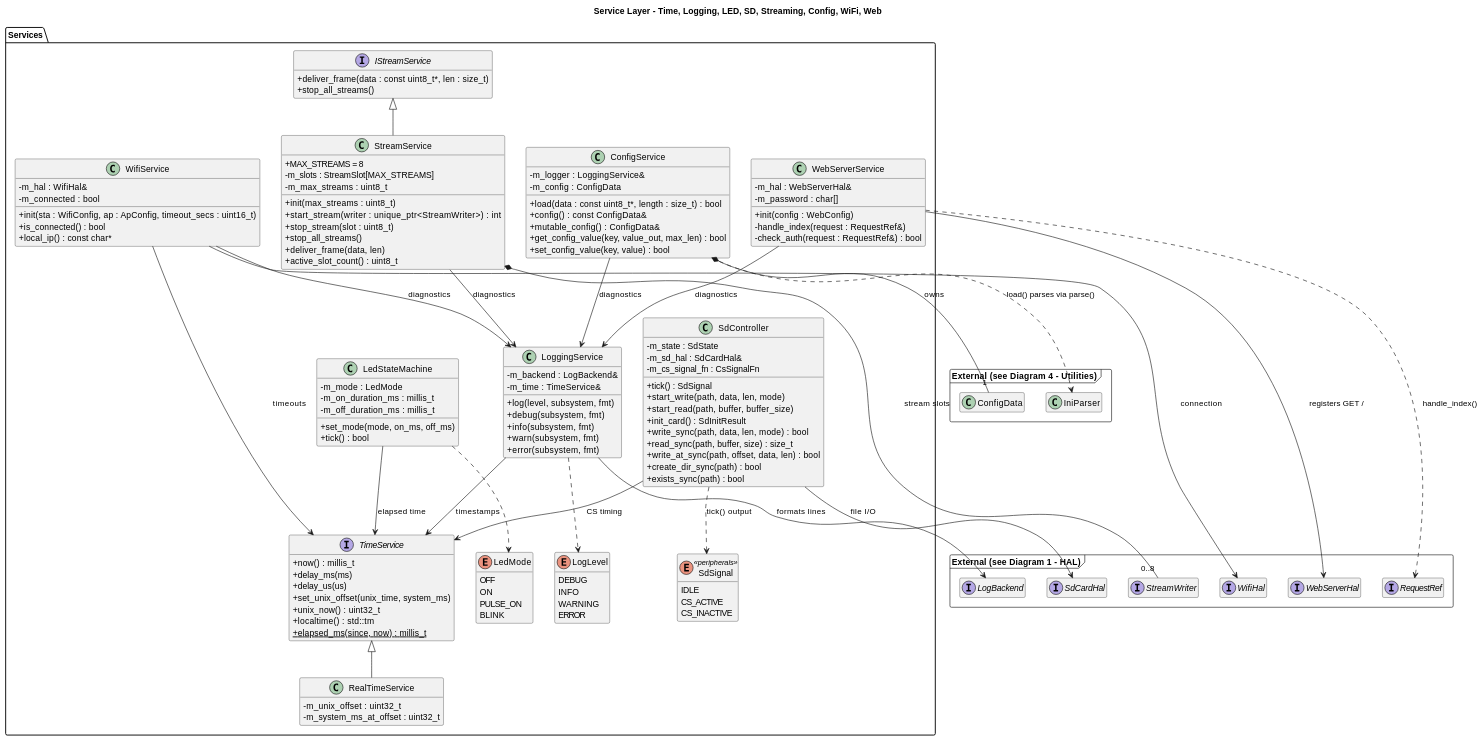
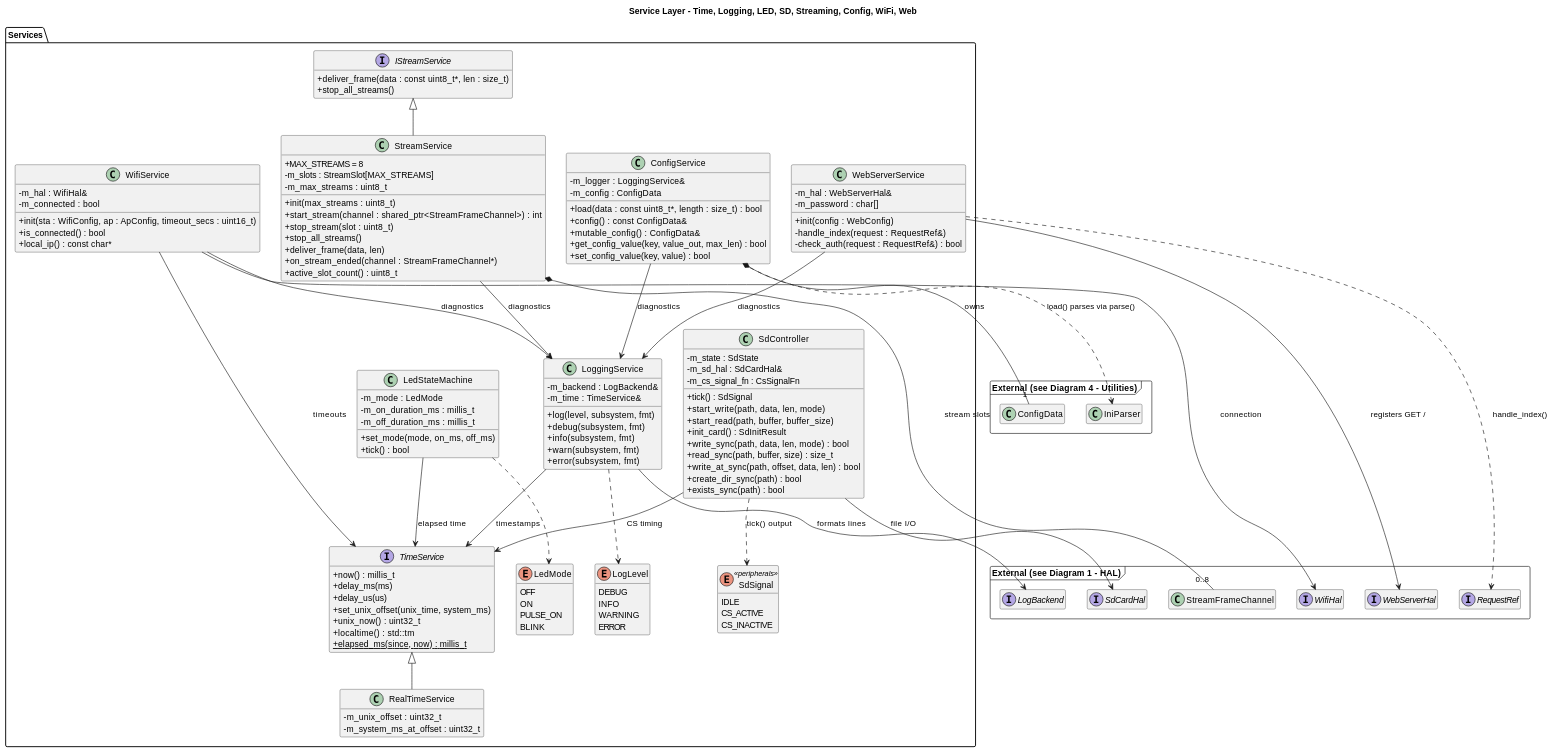
One commit to timwalsh41/micro-security-cam changed the second of 8 diagrams in docs/SYSTEM_DESIGN.md. Above: the diagram before and after it, drawn with PlantUML. The commit also changed other lines of this file and 19 other files, not shown here.

```diff
--- a/docs/SYSTEM_DESIGN.md
+++ b/docs/SYSTEM_DESIGN.md
@@ -341,10 +343,11 @@
         -m_slots : StreamSlot[MAX_STREAMS]
         -m_max_streams : uint8_t
         +init(max_streams : uint8_t)
-        +start_stream(writer : unique_ptr<StreamWriter>) : int
+        +start_stream(channel : shared_ptr<StreamFrameChannel>) : int
         +stop_stream(slot : uint8_t)
         +stop_all_streams()
         +deliver_frame(data, len)
+        +on_stream_ended(channel : StreamFrameChannel*)
         +active_slot_count() : uint8_t
     }
 
@@ -381,7 +384,7 @@
     interface WifiHal_ext as "WifiHal"
     interface WebServerHal_ext as "WebServerHal"
     interface RequestRef_ext as "RequestRef"
-    interface StreamWriter_ext as "StreamWriter"
+    class StreamFrameChannel_ext as "StreamFrameChannel"
 }
 
 package "External (see Diagram 4 - Utilities)" <<Frame>> {
@@ -400,7 +403,7 @@
 SdController --> SdCardHal_ext : file I/O
 SdController --> TimeService : CS timing
 SdController ..> SdSignal : tick() output
-StreamService *-- "0..8" StreamWriter_ext : stream slots
+StreamService *-- "0..8" StreamFrameChannel_ext : stream slots
 StreamService --> LoggingService : diagnostics
 ConfigService --> LoggingService : diagnostics
 ConfigService *-- "1" ConfigData_ext : owns
```
